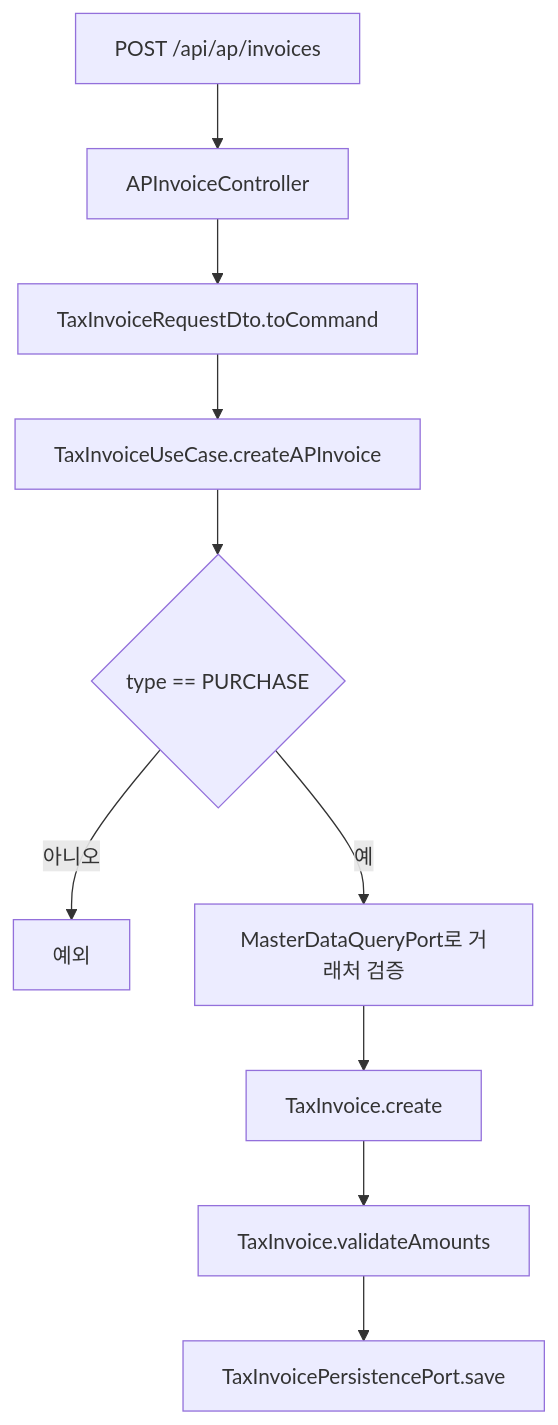
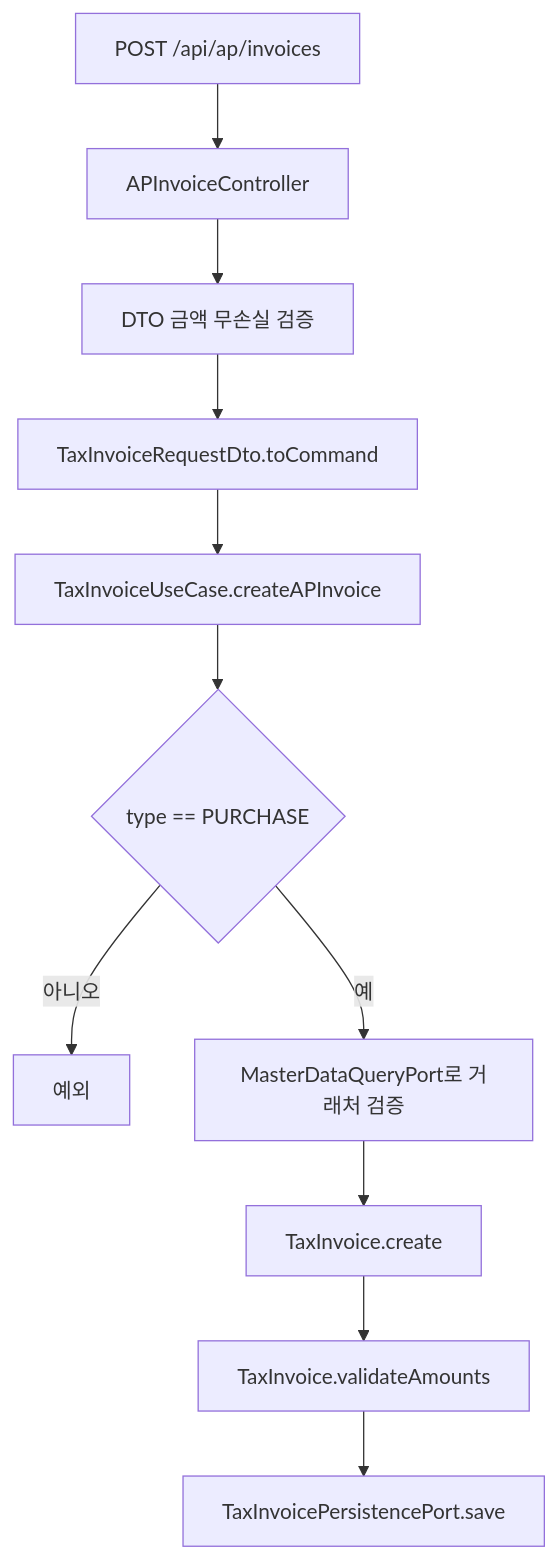
One commit to skyg547/account changed the first of 3 diagrams in tax/docs/process-flow.md. Above: the diagram before and after it, drawn with Mermaid. The commit also changed other lines of this file and 4 other files, not shown here.

Commit message:
GH-833: reject tax invoice amounts that lose precision

````diff
--- a/tax/docs/process-flow.md
+++ b/tax/docs/process-flow.md
@@ -20,12 +20,13 @@
 ```mermaid
 flowchart TD
     A[POST /api/ap/invoices] --> B[APInvoiceController]
-    B --> B1[TaxInvoiceRequestDto.toCommand]
+    B --> B0[DTO 금액 무손실 검증]
+    B0 --> B1[TaxInvoiceRequestDto.toCommand]
     B1 --> C[TaxInvoiceUseCase.createAPInvoice]
     C --> D{type == PURCHASE}
     D -->|아니오| E[예외]
     D -->|예| F[MasterDataQueryPort로 거래처 검증]
     F --> G[TaxInvoice.create]
     G --> H[TaxInvoice.validateAmounts]
     H --> I[TaxInvoicePersistencePort.save]
 ```
````
